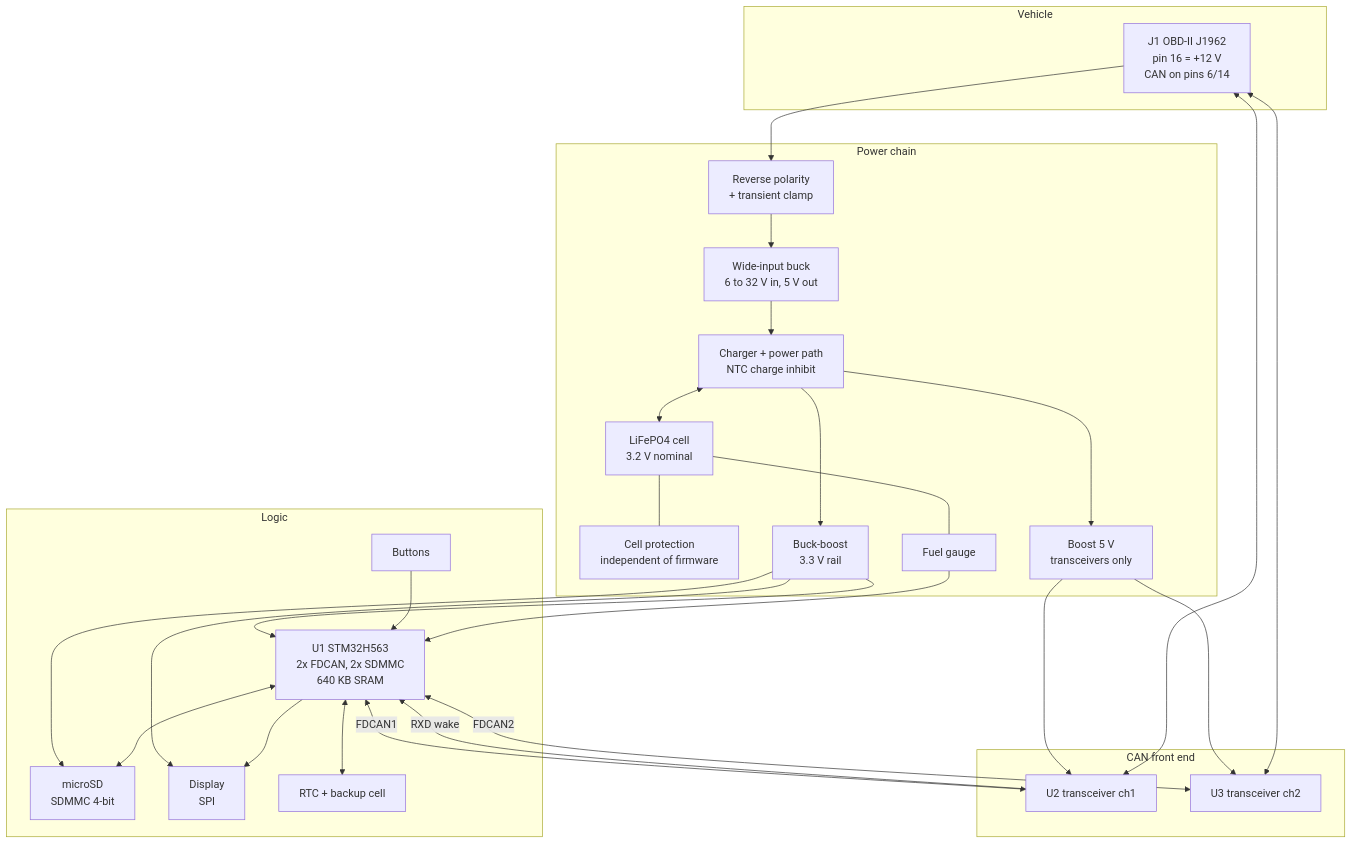
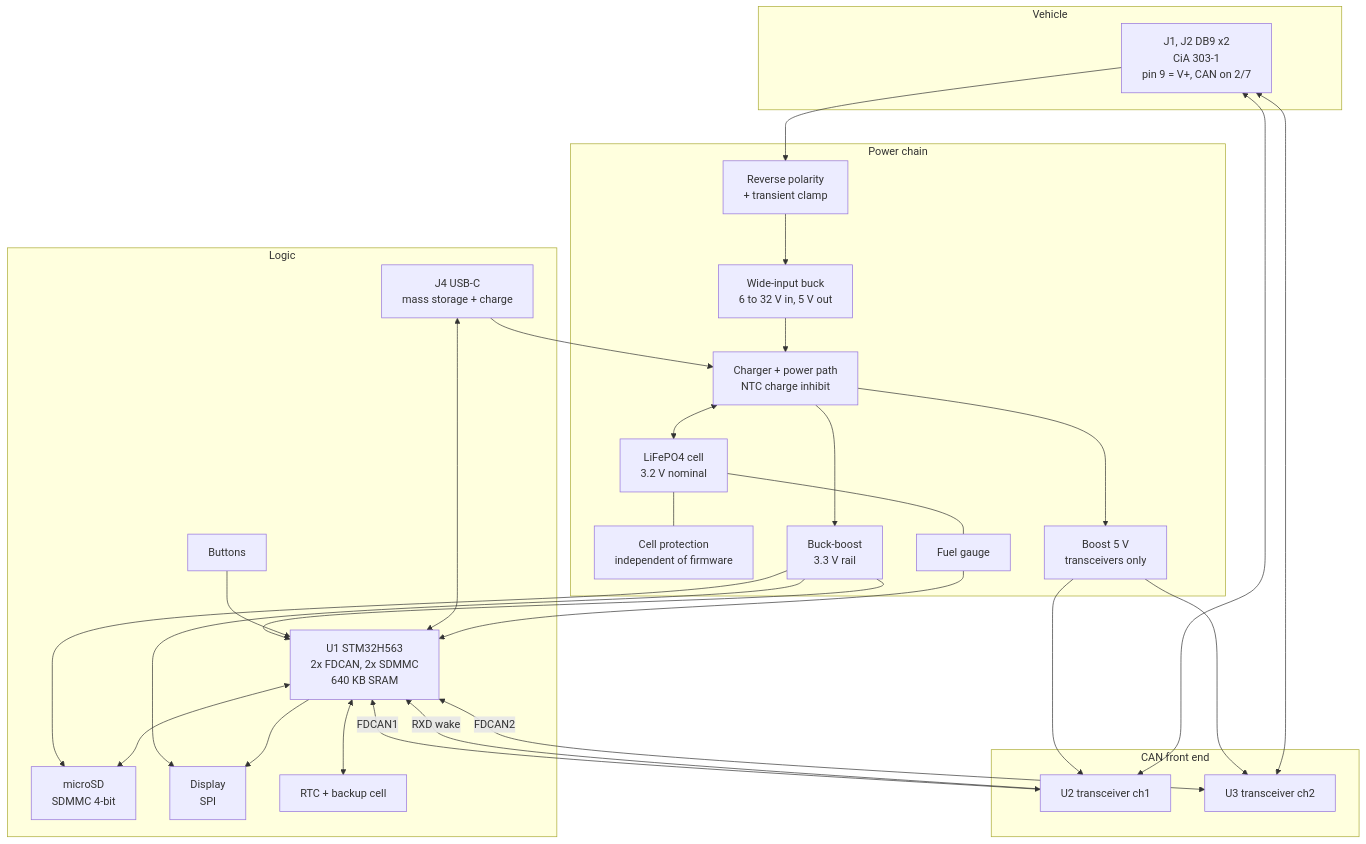
Before and after one commit to Alifizz01/automotive-pcb-portfolio: the diagram in 02-CAN-Test-Runner/docs/02-architecture.md, drawn with Mermaid. The commit also changed other lines of this file and 2 other files, not shown here.

First line of the commit message:
Close Q-1 and Q-4: power chain parts chosen, DB9 connectors, USB mass storage

````diff
--- a/02-CAN-Test-Runner/docs/02-architecture.md
+++ b/02-CAN-Test-Runner/docs/02-architecture.md
@@ -25,50 +25,53 @@
 ```mermaid
 flowchart TB
     subgraph VEH["Vehicle"]
-        OBD["J1 OBD-II J1962<br/>pin 16 = +12 V<br/>CAN on pins 6/14"]
+        OBD["J1, J2 DB9 x2<br/>CiA 303-1<br/>pin 9 = V+, CAN on 2/7"]
     end
 
     subgraph PWR["Power chain"]
         PROT["Reverse polarity<br/>+ transient clamp"]
         BUCK["Wide-input buck<br/>6 to 32 V in, 5 V out"]
         CHG["Charger + power path<br/>NTC charge inhibit"]
         CELL["LiFePO4 cell<br/>3.2 V nominal"]
         PROTC["Cell protection<br/>independent of firmware"]
         BB["Buck-boost<br/>3.3 V rail"]
         B5["Boost 5 V<br/>transceivers only"]
         GAUGE["Fuel gauge"]
     end
 
     subgraph CORE["Logic"]
         MCU["U1 STM32H563<br/>2x FDCAN, 2x SDMMC<br/>640 KB SRAM"]
         SD["microSD<br/>SDMMC 4-bit"]
         DISP["Display<br/>SPI"]
         RTC["RTC + backup cell"]
         BTN["Buttons"]
+        USBC["J4 USB-C<br/>mass storage + charge"]
     end
 
     subgraph BUS["CAN front end"]
         T1["U2 transceiver ch1"]
         T2["U3 transceiver ch2"]
     end
 
     OBD --> PROT --> BUCK --> CHG
     CHG <--> CELL
     CELL --- PROTC
     CELL --- GAUGE
     CHG --> BB --> MCU
     BB --> SD
     BB --> DISP
     CHG --> B5 --> T1
     B5 --> T2
     MCU <-->|"FDCAN1"| T1
     MCU <-->|"FDCAN2"| T2
     T1 <--> OBD
     T2 <--> OBD
     MCU <--> SD
     MCU --> DISP
     MCU <--> RTC
     BTN --> MCU
+    USBC <--> MCU
+    USBC --> CHG
     GAUGE --> MCU
     T1 -->|"RXD wake"| MCU
 ```
````
